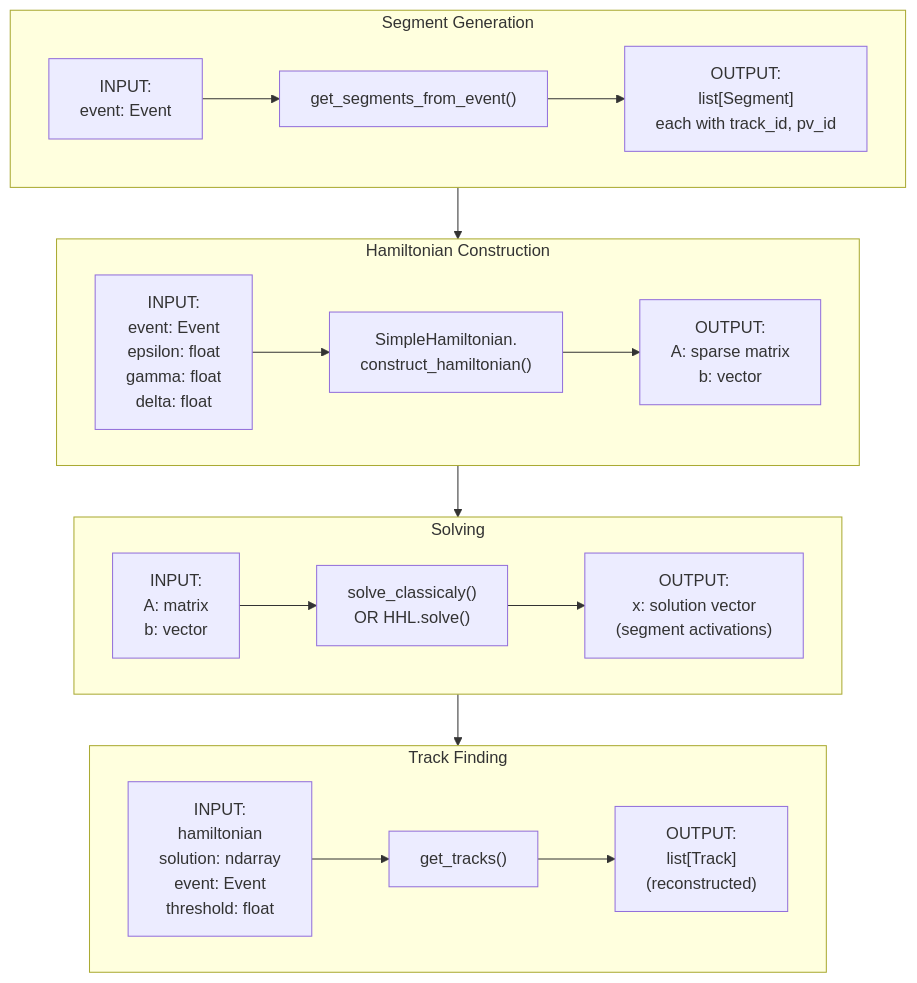
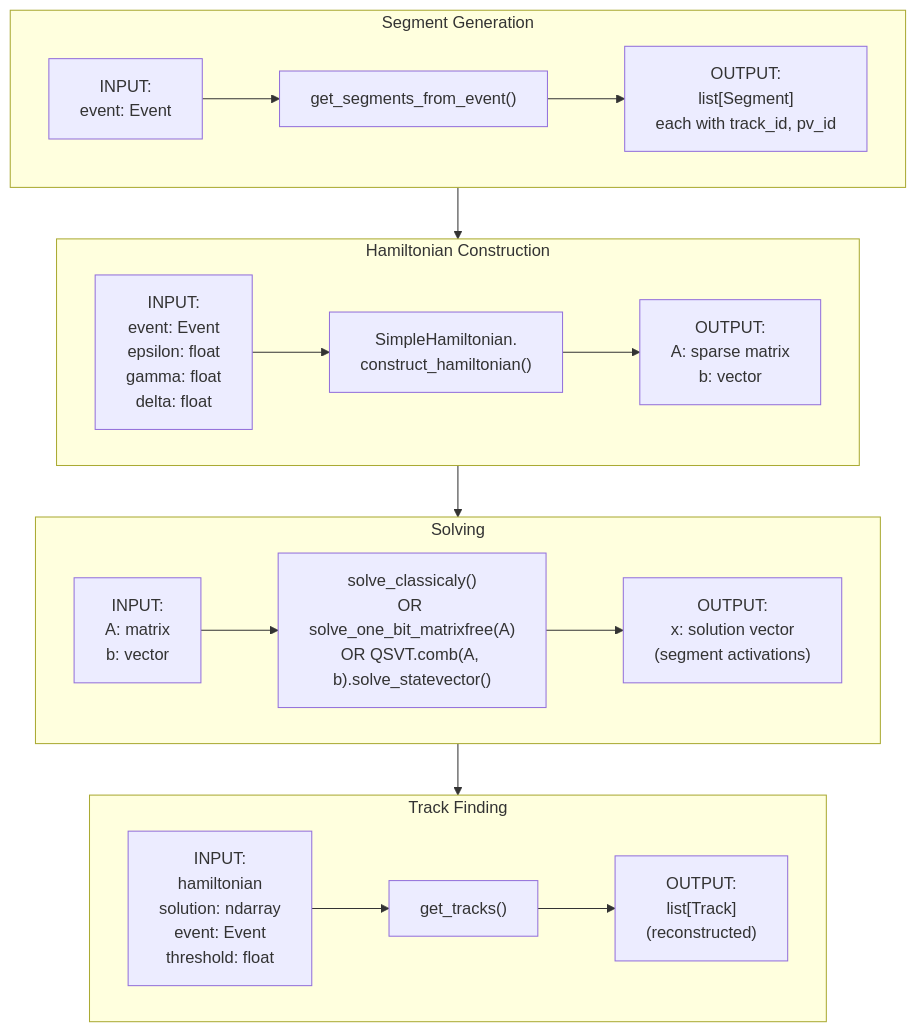
Before and after one commit to GeorgeWilliam1999/LHCb_VeLo_Toy_Model: the sixth of 13 diagrams in docs/WORKFLOW_OVERVIEW.md, drawn with Mermaid. The commit also changed other lines of this file and 12 other files, not shown here.

````diff
--- a/docs/WORKFLOW_OVERVIEW.md
+++ b/docs/WORKFLOW_OVERVIEW.md
@@ -575,38 +595,38 @@
 ```mermaid
 flowchart TB
     subgraph SEGMENT_GEN["Segment Generation"]
         direction LR
         SG_IN["INPUT:<br/>event: Event"]
         SG_FN["get_segments_from_event()"]
         SG_OUT["OUTPUT:<br/>list[Segment]<br/>each with track_id, pv_id"]
         SG_IN --> SG_FN --> SG_OUT
     end
 
     subgraph HAM_CONSTRUCT["Hamiltonian Construction"]
         direction LR
         HC_IN["INPUT:<br/>event: Event<br/>epsilon: float<br/>gamma: float<br/>delta: float"]
         HC_FN["SimpleHamiltonian.<br/>construct_hamiltonian()"]
         HC_OUT["OUTPUT:<br/>A: sparse matrix<br/>b: vector"]
         HC_IN --> HC_FN --> HC_OUT
     end
 
     subgraph SOLVE["Solving"]
         direction LR
         SOL_IN["INPUT:<br/>A: matrix<br/>b: vector"]
-        SOL_FN["solve_classicaly()<br/>OR HHL.solve()"]
+        SOL_FN["solve_classicaly()<br/>OR solve_one_bit_matrixfree(A)<br/>OR QSVT.comb(A, b).solve_statevector()"]
         SOL_OUT["OUTPUT:<br/>x: solution vector<br/>(segment activations)"]
         SOL_IN --> SOL_FN --> SOL_OUT
     end
 
     subgraph TRACK_FIND["Track Finding"]
         direction LR
         TF_IN["INPUT:<br/>hamiltonian<br/>solution: ndarray<br/>event: Event<br/>threshold: float"]
         TF_FN["get_tracks()"]
         TF_OUT["OUTPUT:<br/>list[Track]<br/>(reconstructed)"]
         TF_IN --> TF_FN --> TF_OUT
     end
 
     SG_OUT --> HC_IN
     HC_OUT --> SOL_IN
     SOL_OUT --> TF_IN
 ```
````
